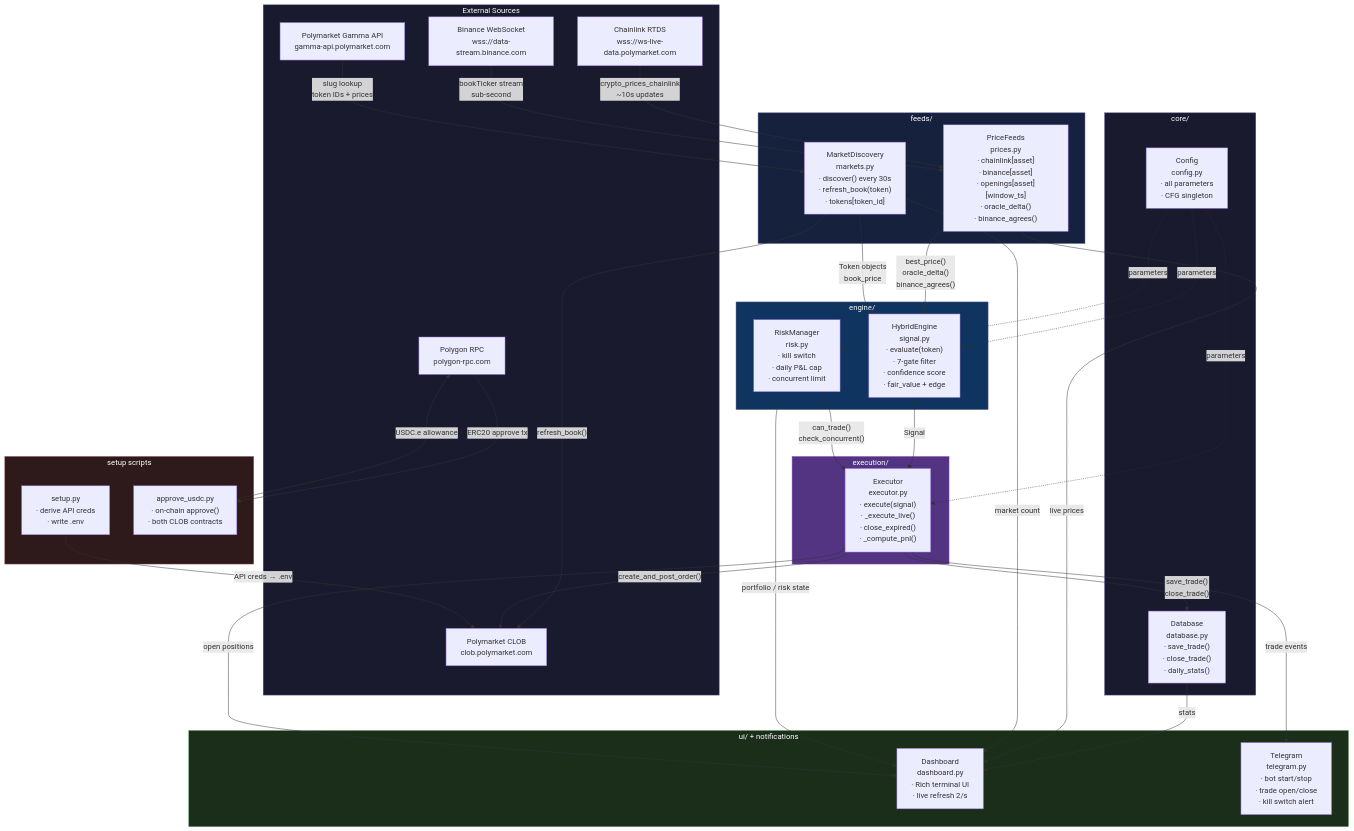
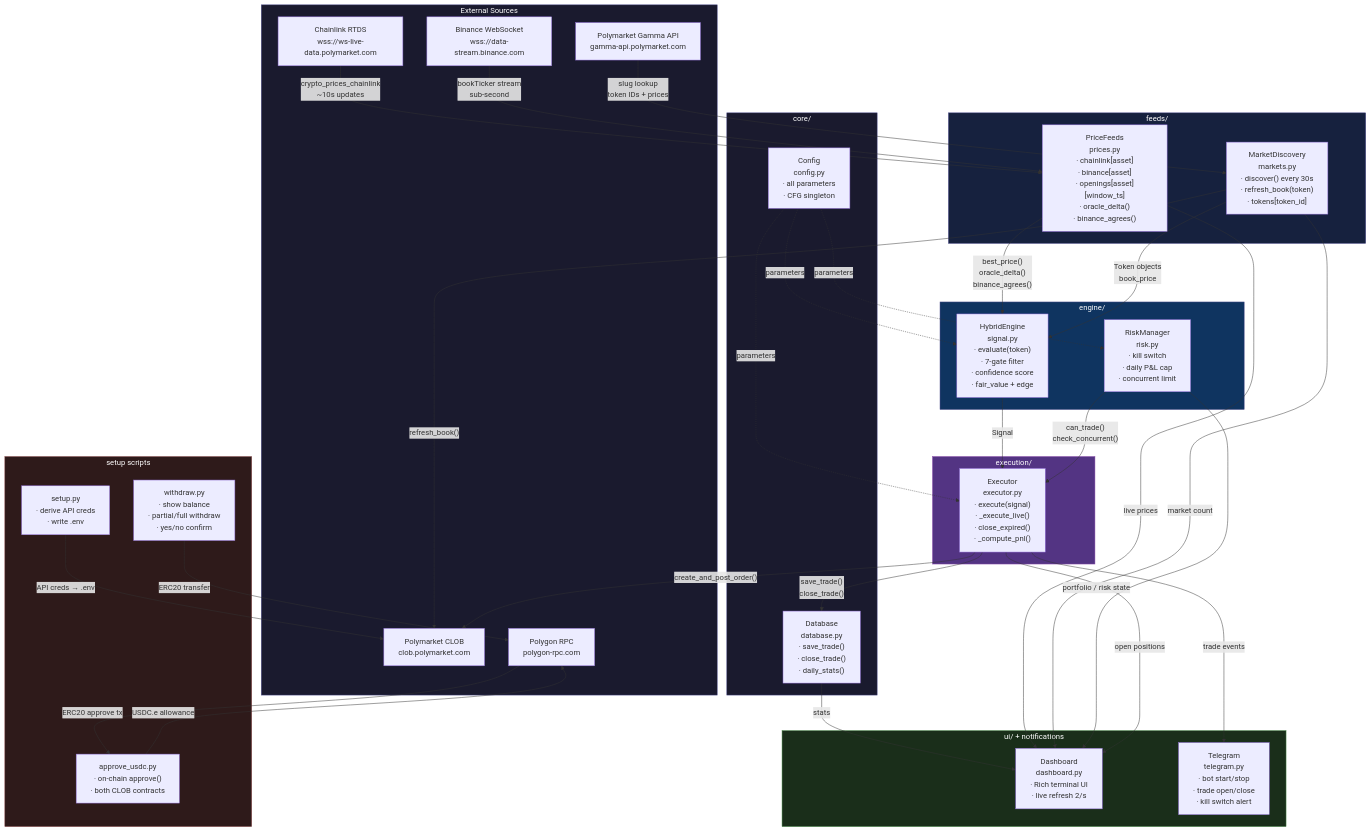
One commit to andiyusanto/oracle-confirmed-sniper changed the diagram in README.md. Above: the diagram before and after it, drawn with Mermaid. The commit also changed other lines of this file and 1 other file, not shown here.

Commit message:
add withdraw option process

````diff
--- a/README.md
+++ b/README.md
@@ -7,75 +7,77 @@
 ```mermaid
 flowchart TD
     subgraph External["External Sources"]
         CL["Chainlink RTDS\nwss://ws-live-data.polymarket.com"]
         BN["Binance WebSocket\nwss://data-stream.binance.com"]
         GM["Polymarket Gamma API\ngamma-api.polymarket.com"]
         CLOB["Polymarket CLOB\nclob.polymarket.com"]
         POL["Polygon RPC\npolygon-rpc.com"]
     end
 
     subgraph Feeds["feeds/"]
         PF["PriceFeeds\nprices.py\n· chainlink[asset]\n· binance[asset]\n· openings[asset][window_ts]\n· oracle_delta()\n· binance_agrees()"]
         MD["MarketDiscovery\nmarkets.py\n· discover() every 30s\n· refresh_book(token)\n· tokens[token_id]"]
     end
 
     subgraph Engine["engine/"]
         HE["HybridEngine\nsignal.py\n· evaluate(token)\n· 7-gate filter\n· confidence score\n· fair_value + edge"]
         RM["RiskManager\nrisk.py\n· kill switch\n· daily P&L cap\n· concurrent limit"]
     end
 
     subgraph Execution["execution/"]
         EX["Executor\nexecutor.py\n· execute(signal)\n· _execute_live()\n· close_expired()\n· _compute_pnl()"]
     end
 
     subgraph Core["core/"]
         DB["Database\ndatabase.py\n· save_trade()\n· close_trade()\n· daily_stats()"]
         CFG["Config\nconfig.py\n· all parameters\n· CFG singleton"]
     end
 
     subgraph UI["ui/ + notifications"]
         DASH["Dashboard\ndashboard.py\n· Rich terminal UI\n· live refresh 2/s"]
         TG["Telegram\ntelegram.py\n· bot start/stop\n· trade open/close\n· kill switch alert"]
     end
 
     subgraph Setup["setup scripts"]
         SP["setup.py\n· derive API creds\n· write .env"]
         AU["approve_usdc.py\n· on-chain approve()\n· both CLOB contracts"]
+        WD["withdraw.py\n· show balance\n· partial/full withdraw\n· yes/no confirm"]
     end
 
     CL -->|"crypto_prices_chainlink\n~10s updates"| PF
     BN -->|"bookTicker stream\nsub-second"| PF
     GM -->|"slug lookup\ntoken IDs + prices"| MD
     POL -->|"ERC20 approve tx"| AU
 
     PF -->|"best_price()\noracle_delta()\nbinance_agrees()"| HE
     MD -->|"Token objects\nbook_price"| HE
     MD -->|"refresh_book()"| CLOB
 
     HE -->|"Signal"| EX
     RM -->|"can_trade()\ncheck_concurrent()"| EX
     CFG -.->|"parameters"| HE
     CFG -.->|"parameters"| RM
     CFG -.->|"parameters"| EX
 
     EX -->|"create_and_post_order()"| CLOB
     EX -->|"save_trade()\nclose_trade()"| DB
     EX -->|"trade events"| TG
 
     DB -->|"stats"| DASH
     PF -->|"live prices"| DASH
     MD -->|"market count"| DASH
     RM -->|"portfolio / risk state"| DASH
     EX -->|"open positions"| DASH
 
     SP -->|"API creds → .env"| CLOB
     AU -->|"USDC.e allowance"| POL
+    WD -->|"ERC20 transfer"| POL
 
     style External fill:#1a1a2e,stroke:#4a4a8a,color:#fff
     style Feeds fill:#16213e,stroke:#4a4a8a,color:#fff
     style Engine fill:#0f3460,stroke:#4a4a8a,color:#fff
     style Execution fill:#533483,stroke:#8a4aaa,color:#fff
     style Core fill:#1a1a2e,stroke:#4a4a8a,color:#fff
     style UI fill:#1a2e1a,stroke:#4a8a4a,color:#fff
     style Setup fill:#2e1a1a,stroke:#8a4a4a,color:#fff
 ```
````
